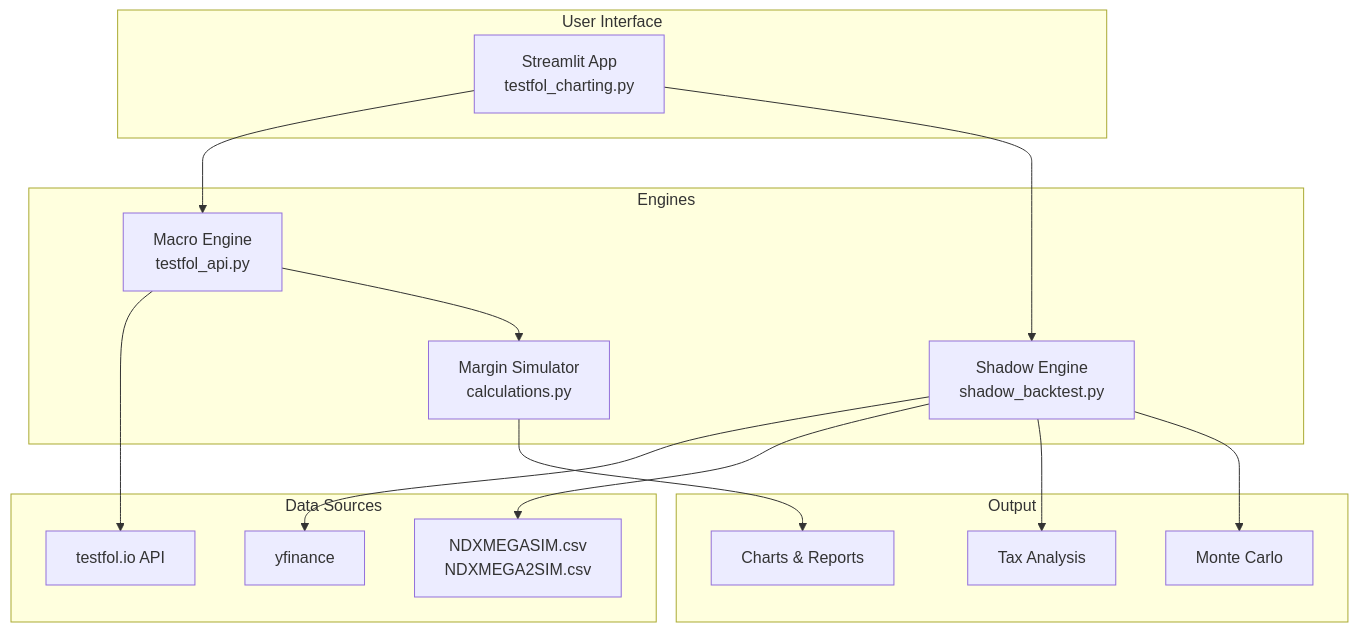
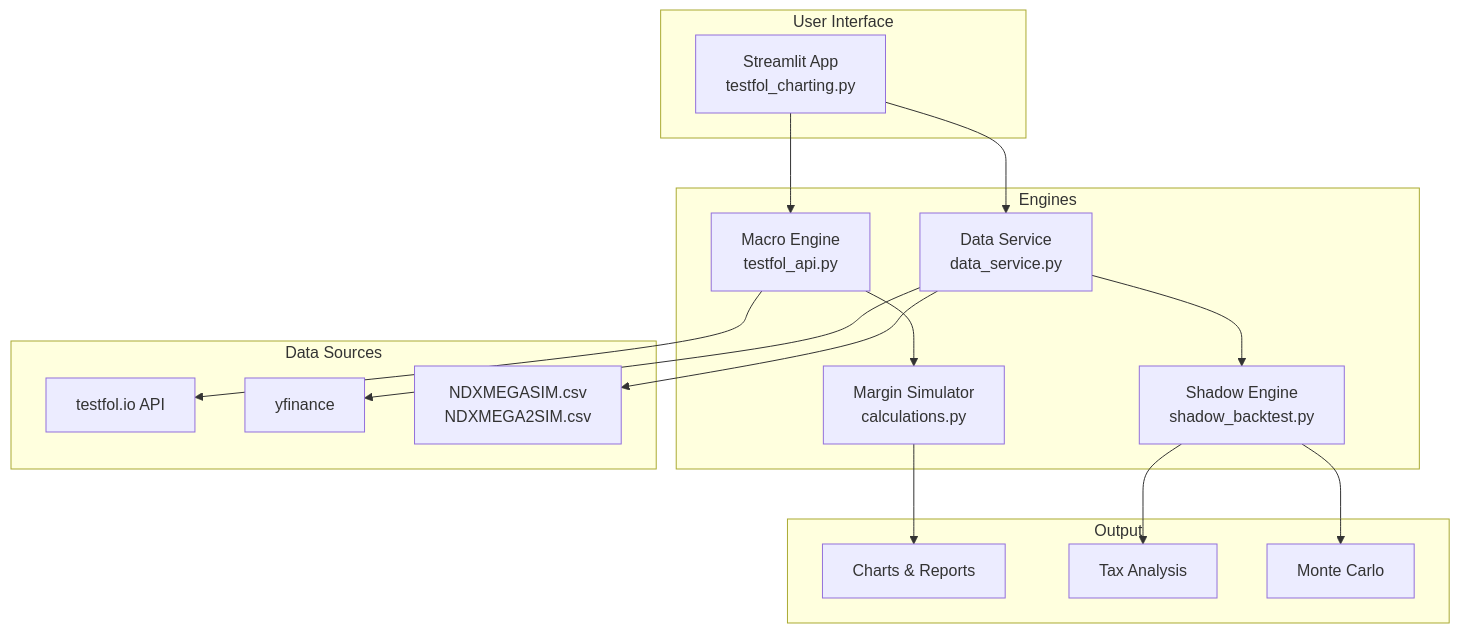
One commit to Acelogic/Testfol-MarginStresser changed the diagram in README.md. Above: the diagram before and after it, drawn with Mermaid. The commit also changed other lines of this file and 5 other files, not shown here.

````diff
--- a/README.md
+++ b/README.md
@@ -23,33 +23,34 @@
 ```mermaid
 graph TB
     subgraph User Interface
         ST[Streamlit App<br>testfol_charting.py]
     end
 
     subgraph Engines
         ME[Macro Engine<br>testfol_api.py]
+        DS[Data Service<br>data_service.py]
         SE[Shadow Engine<br>shadow_backtest.py]
         MS[Margin Simulator<br>calculations.py]
     end
 
     subgraph Data Sources
         TF[testfol.io API]
         YF[yfinance]
         CSV[NDXMEGASIM.csv<br>NDXMEGA2SIM.csv]
     end
 
     subgraph Output
         CH[Charts & Reports]
         TX[Tax Analysis]
         MC[Monte Carlo]
     end
 
     ST --> ME --> TF
-    ST --> SE
-    SE --> YF
-    SE --> CSV
+    ST --> DS --> SE
+    DS --> YF
+    DS --> CSV
     SE --> TX
     ME --> MS
     MS --> CH
     SE --> MC
 ```
````
